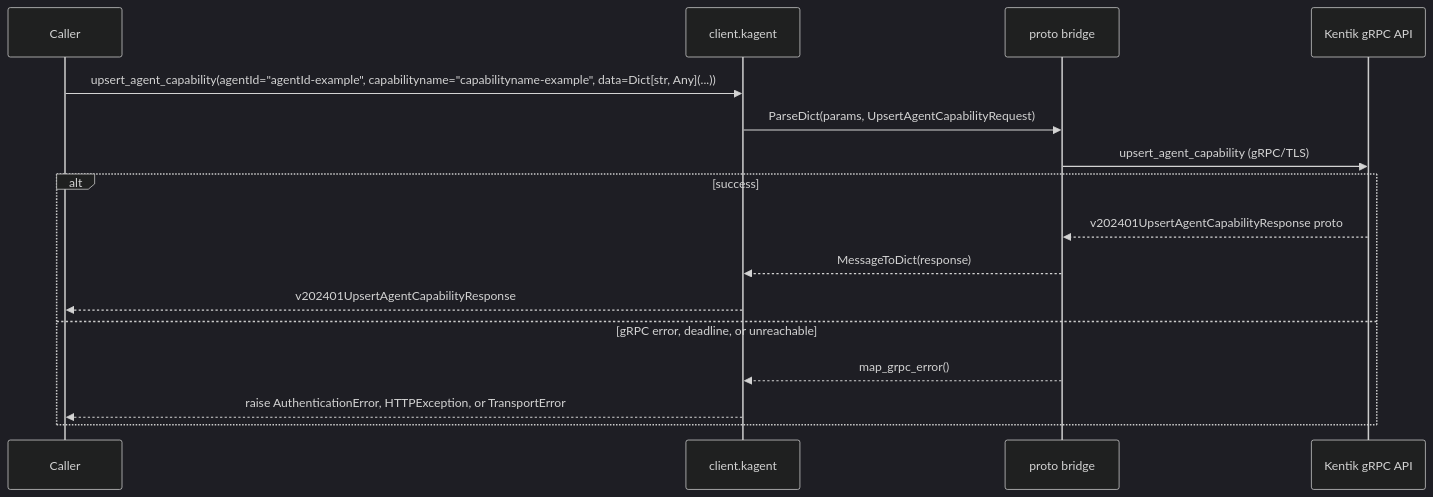
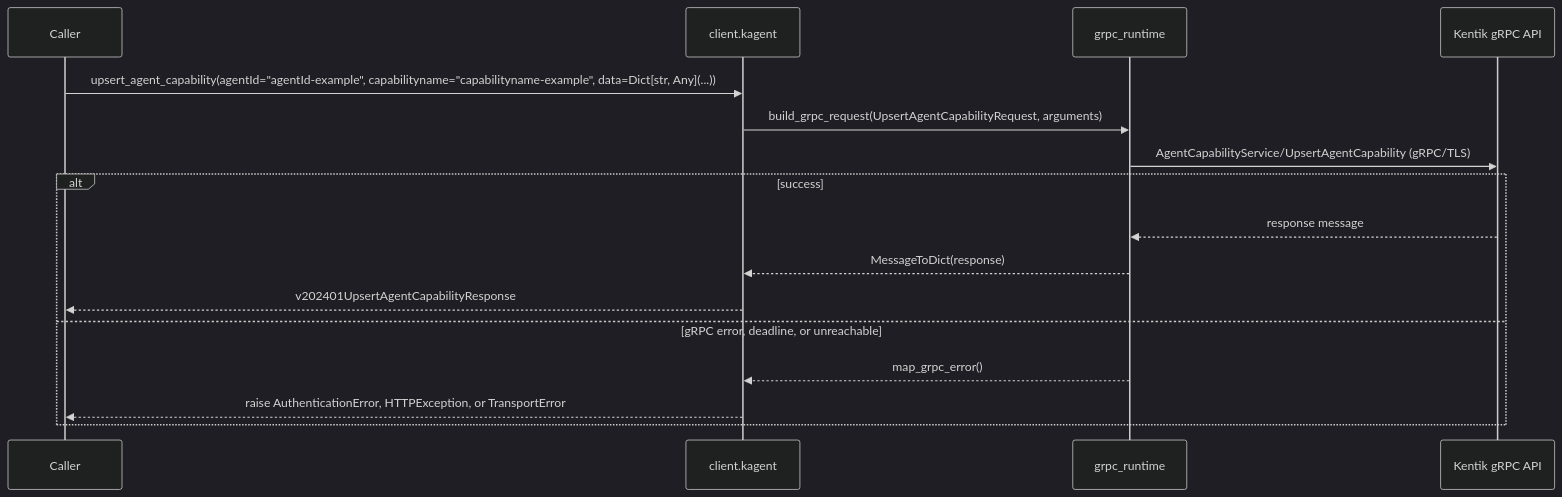
One commit to alexdearaujo/community_sdk_python changed diagram 21 of 58 in docs/sphinx/services/kagent.md. Above: the diagram before and after it, drawn with Mermaid (dark theme). The commit also changed other lines of this file and 37 other files, not shown here.

First line of the commit message:
docs: show the real RPC in each service page's gRPC diagram

````diff
--- a/docs/sphinx/services/kagent.md
+++ b/docs/sphinx/services/kagent.md
@@ -753,19 +753,19 @@
 ```mermaid
 sequenceDiagram
     participant C as Caller
     participant W as client.kagent
-    participant B as proto bridge
+    participant R as grpc_runtime
     participant API as Kentik gRPC API
 
     C->>W: upsert_agent_capability(agentId="agentId-example", capabilityname="capabilityname-example", data=Dict[str, Any](...))
-    W->>B: ParseDict(params, UpsertAgentCapabilityRequest)
-    B->>API: upsert_agent_capability (gRPC/TLS)
+    W->>R: build_grpc_request(UpsertAgentCapabilityRequest, arguments)
+    R->>API: AgentCapabilityService/UpsertAgentCapability (gRPC/TLS)
     alt success
-        API-->>B: v202401UpsertAgentCapabilityResponse proto
-        B-->>W: MessageToDict(response)
+        API-->>R: response message
+        R-->>W: MessageToDict(response)
         W-->>C: v202401UpsertAgentCapabilityResponse
     else gRPC error, deadline, or unreachable
-        B-->>W: map_grpc_error()
+        R-->>W: map_grpc_error()
         W-->>C: raise AuthenticationError, HTTPException, or TransportError
     end
 ```
````
